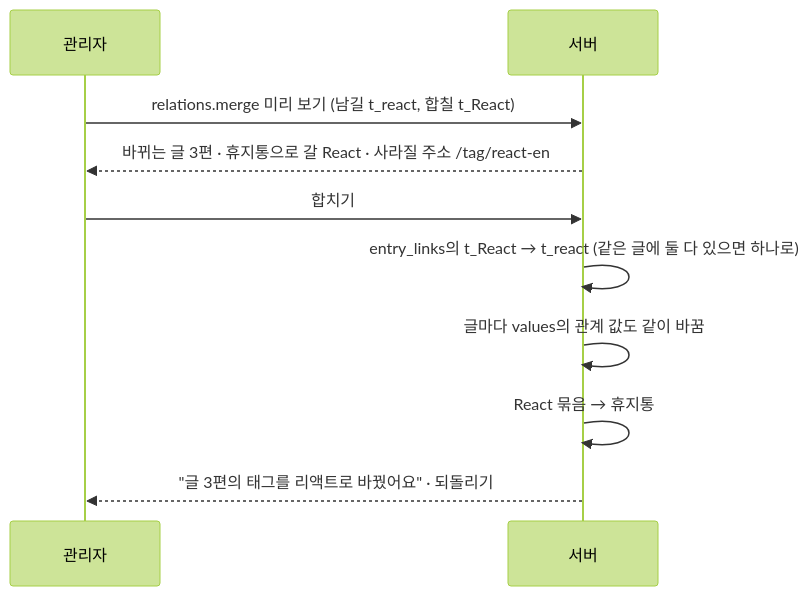
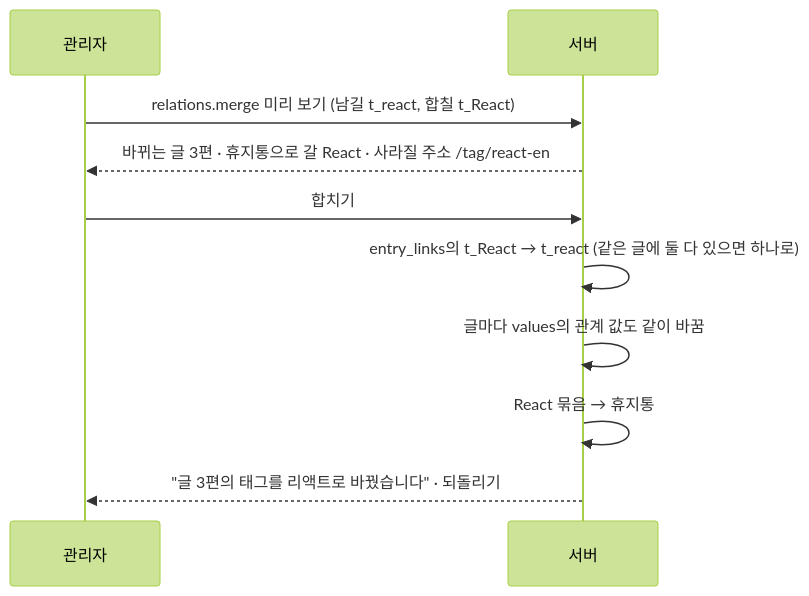
Before and after one commit to monti-cms/monti: the second of 2 diagrams in docs/design/features/08-relations.md, drawn with Mermaid (forest theme). The commit also changed 63 other files, not shown here.

````diff
--- a/docs/design/features/08-relations.md
+++ b/docs/design/features/08-relations.md
@@ -72,13 +72,13 @@
 ```mermaid
 sequenceDiagram
   participant U as 관리자
   participant S as 서버
 
   U->>S: relations.merge 미리 보기 (남길 t_react, 합칠 t_React)
   S-->>U: 바뀌는 글 3편 · 휴지통으로 갈 React · 사라질 주소 /tag/react-en
   U->>S: 합치기
   S->>S: entry_links의 t_React → t_react (같은 글에 둘 다 있으면 하나로)
   S->>S: 글마다 values의 관계 값도 같이 바꿈
   S->>S: React 묶음 → 휴지통
-  S-->>U: "글 3편의 태그를 리액트로 바꿨어요" · 되돌리기
+  S-->>U: "글 3편의 태그를 리액트로 바꿨습니다" · 되돌리기
 ```
````
